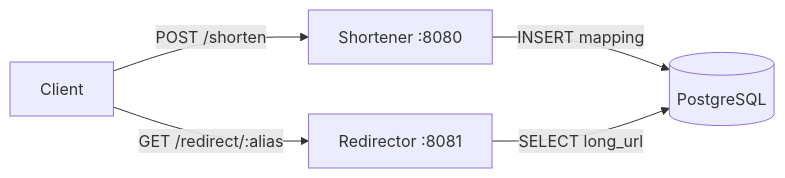
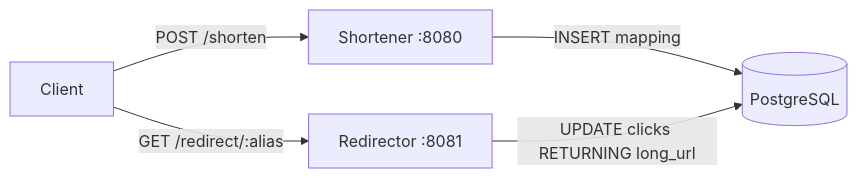
Before and after one commit to MiguelGFerreira/UrlShortener: the diagram in README.md, drawn with Mermaid. The commit also changed other lines of this file and 7 other files, not shown here.

````diff
--- a/README.md
+++ b/README.md
@@ -17,7 +17,7 @@
 ```mermaid
 flowchart LR
     Client -->|POST /shorten| Shortener["Shortener&nbsp;:8080"]
     Client -->|GET /redirect/:alias| Redirector["Redirector&nbsp;:8081"]
     Shortener -->|INSERT mapping| DB[(PostgreSQL)]
-    Redirector -->|SELECT long_url| DB
+    Redirector -->|UPDATE clicks RETURNING long_url| DB
 ```
````
